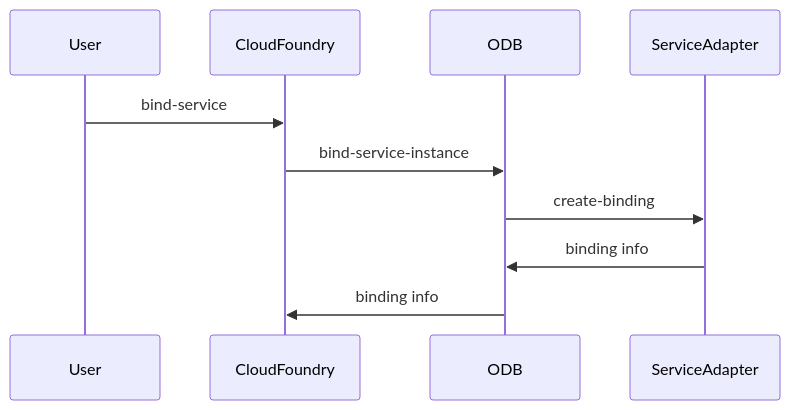
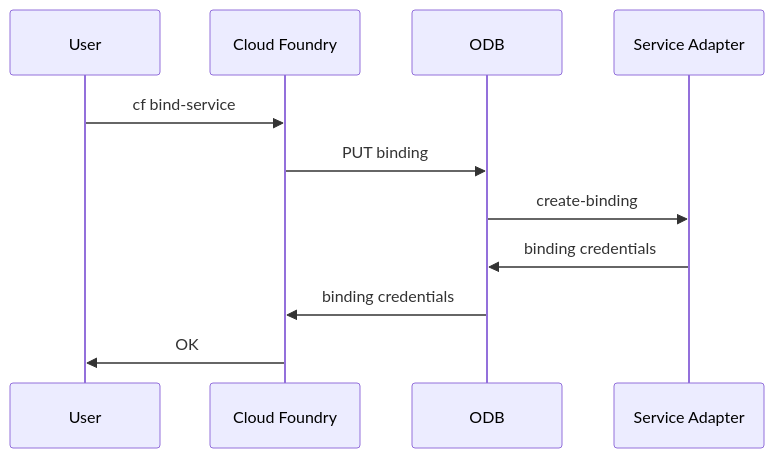
Before and after one commit to pivotal-cf/docs-on-demand-service-broker: the diagram in mmd/bind_service_workflow.mmd, drawn with Mermaid. The commit also changed 11 other files, not shown here.

First line of the commit message:
Full service of sequence diagrams

```diff
--- a/mmd/bind_service_workflow.mmd
+++ b/mmd/bind_service_workflow.mmd
@@ -1,8 +1,9 @@
-<div class="mermaid">  
+<div class="mermaid">
 sequenceDiagram
-  User->>CloudFoundry:bind-service
-  CloudFoundry->>ODB:bind-service-instance
-  ODB->>ServiceAdapter:create-binding
-  ServiceAdapter->>ODB:binding info
-  ODB->>CloudFoundry:binding info
+  User->>Cloud Foundry:cf bind-service
+  Cloud Foundry->>ODB:PUT binding
+  ODB->>Service Adapter:create-binding
+  Service Adapter->>ODB:binding credentials
+  ODB->>Cloud Foundry:binding credentials
+  Cloud Foundry->>User:OK
 </div>
```
